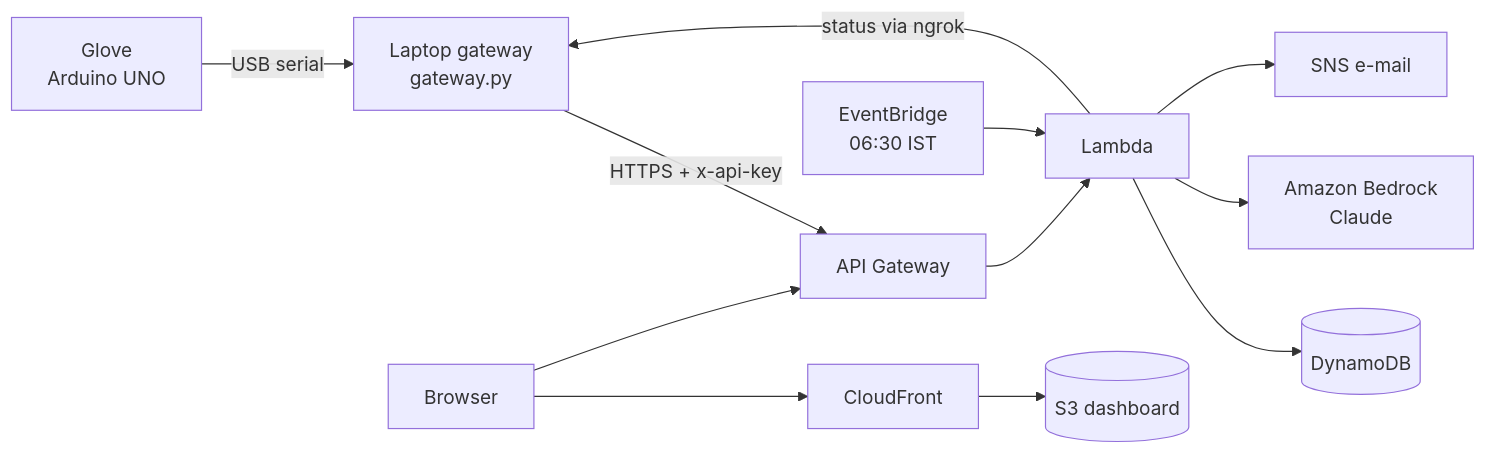
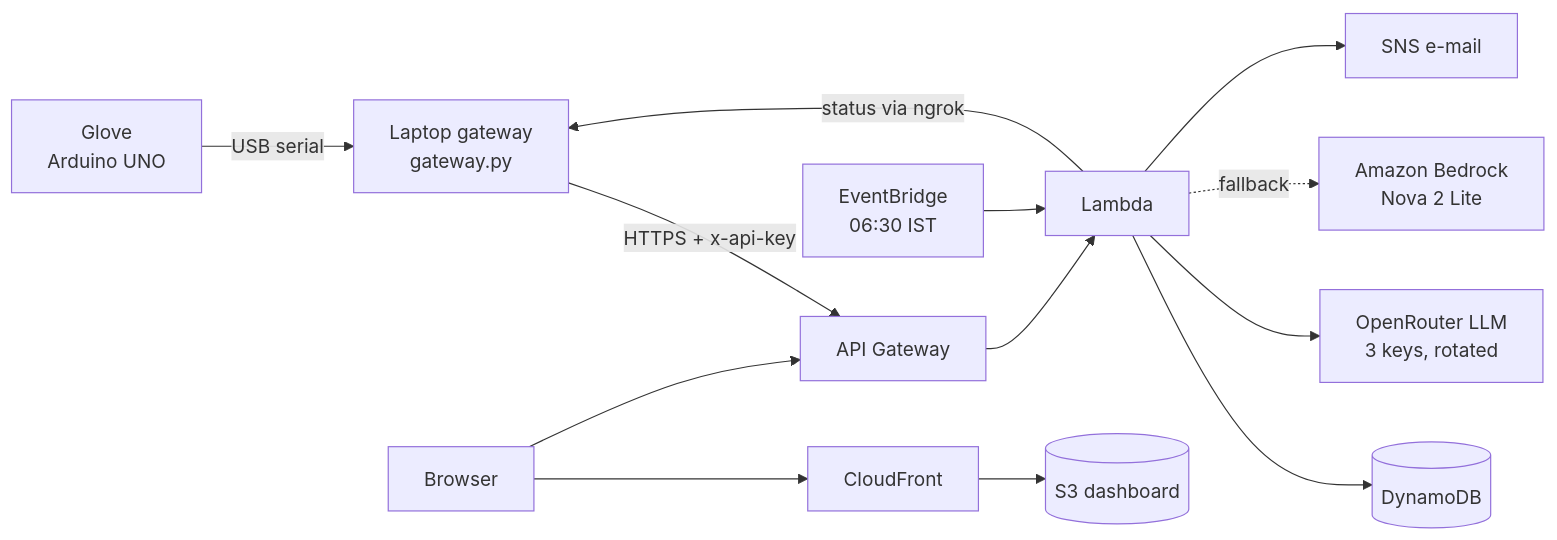
One commit to Dua-Saeed641/MOIST changed the diagram in README.md. Above: the diagram before and after it, drawn with Mermaid. The commit also changed other lines of this file and 24 other files, not shown here.

````diff
--- a/README.md
+++ b/README.md
@@ -24,13 +35,14 @@
 ```mermaid
 flowchart LR
   G[Glove<br/>Arduino UNO] -- USB serial --> W[Laptop gateway<br/>gateway.py]
   W -- HTTPS + x-api-key --> A[API Gateway]
   A --> L[Lambda]
   L --> D[(DynamoDB)]
-  L --> B[Amazon Bedrock<br/>Claude]
+  L --> O[OpenRouter LLM<br/>3 keys, rotated]
+  L -. fallback .-> B[Amazon Bedrock<br/>Nova 2 Lite]
   L --> S[SNS e-mail]
   E[EventBridge<br/>06:30 IST] --> L
   L -- status via ngrok --> W
   U[Browser] --> C[CloudFront] --> S3[(S3 dashboard)]
   U --> A
 ```
````
